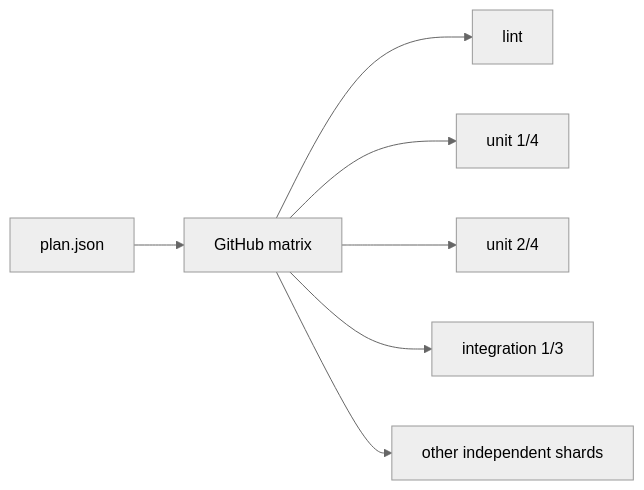
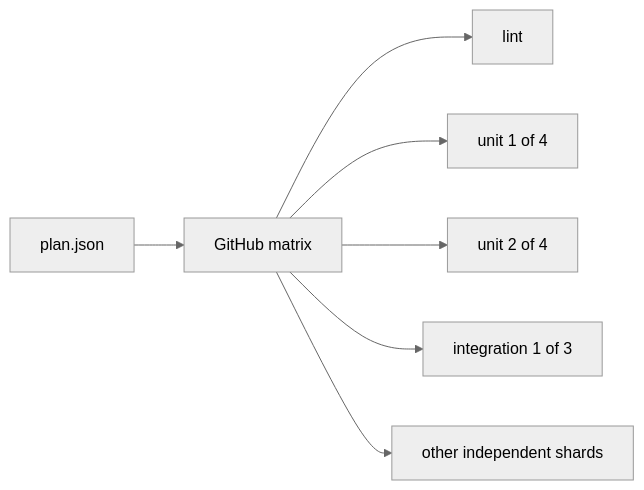
The second of 2 diagrams in README.md (RandomDevelopment/ci-fleet-config-template), drawn with Mermaid (neutral theme) before and after one commit. The commit also changed other lines of this file, not shown here.

````diff
--- a/README.md
+++ b/README.md
@@ -60,9 +125,9 @@
 ```mermaid
 flowchart LR
   P[plan.json] --> M[GitHub matrix]
   M --> A[lint]
-  M --> B[unit 1/4]
-  M --> C[unit 2/4]
-  M --> D[integration 1/3]
+  M --> B[unit 1 of 4]
+  M --> C[unit 2 of 4]
+  M --> D[integration 1 of 3]
   M --> E[other independent shards]
 ```
````
